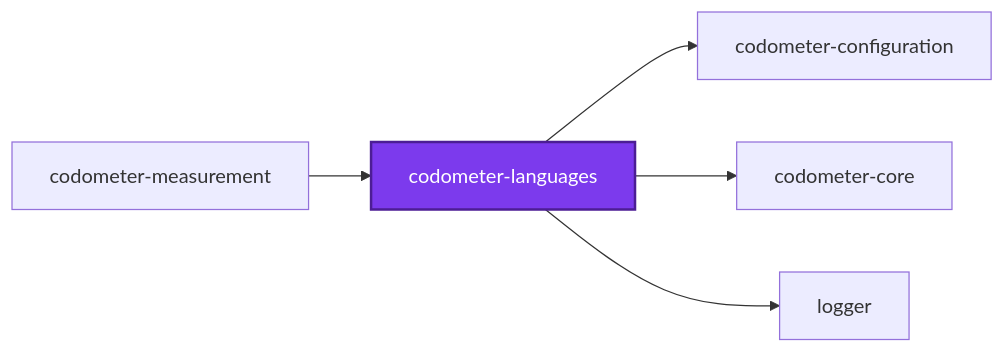
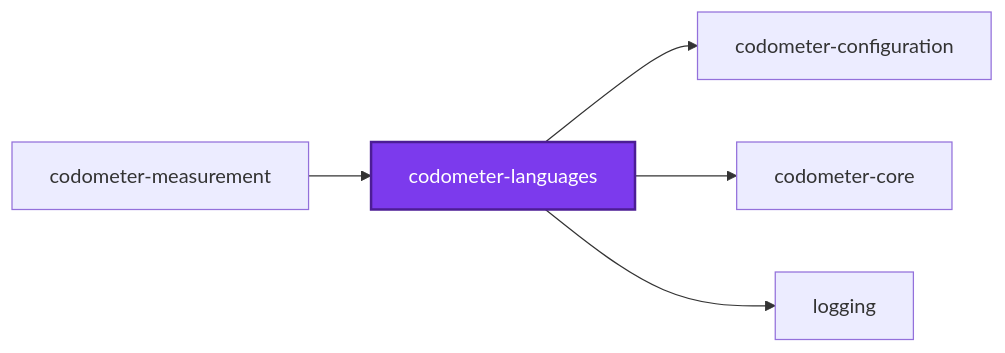
One commit to Organizzolini/codebase changed the first of 3 diagrams in packages/ic-suite/codometer/codometer-languages/README.md. Above: the diagram before and after it, drawn with Mermaid. The commit also changed 555 other files, not shown here.

````diff
--- a/packages/ic-suite/codometer/codometer-languages/README.md
+++ b/packages/ic-suite/codometer/codometer-languages/README.md
@@ -362,14 +362,14 @@
 ```mermaid
 graph LR
   codometer_configuration["codometer-configuration"]
   codometer_core["codometer-core"]
   codometer_languages["codometer-languages"]
   codometer_measurement["codometer-measurement"]
-  logger["logger"]
+  logging["logging"]
   codometer_languages --> codometer_configuration
   codometer_languages --> codometer_core
-  codometer_languages --> logger
+  codometer_languages --> logging
   codometer_measurement --> codometer_languages
   classDef subject fill:#7c3aed,color:#fff,stroke:#4c1d95,stroke-width:2px
   class codometer_languages subject
 ```
````
